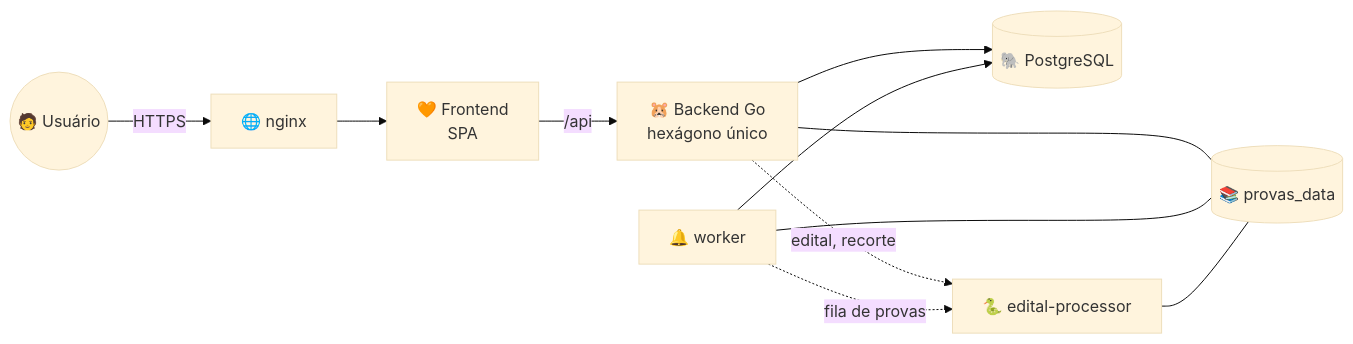
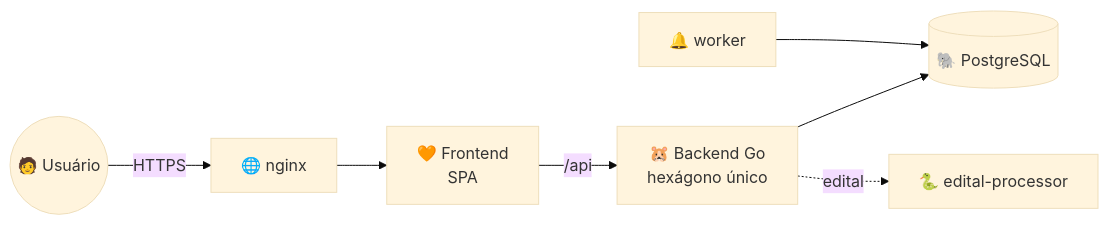
One commit to caetasousa/studygo changed the first of 2 diagrams in docs/arquitetura.md. Above: the diagram before and after it, drawn with Mermaid (base theme). The commit also changed other lines of this file and 132 other files, not shown here.

````diff
--- a/docs/arquitetura.md
+++ b/docs/arquitetura.md
@@ -22,11 +22,9 @@
 ```mermaid
 flowchart LR
     U(("🧑 Usuário")) -- HTTPS --> N["🌐 nginx"]
     N --> F["🧡 Frontend<br/>SPA"]
     F -- "/api" --> B["🐹 Backend Go<br/>hexágono único"]
     B --> P[("🐘 PostgreSQL")]
-    B -. edital, recorte .-> E["🐍 edital-processor"]
+    B -. edital .-> E["🐍 edital-processor"]
     W["🔔 worker"] --> P
-    W -. fila de provas .-> E
-    B & W & E --- V[("📚 provas_data")]
 ```
````
